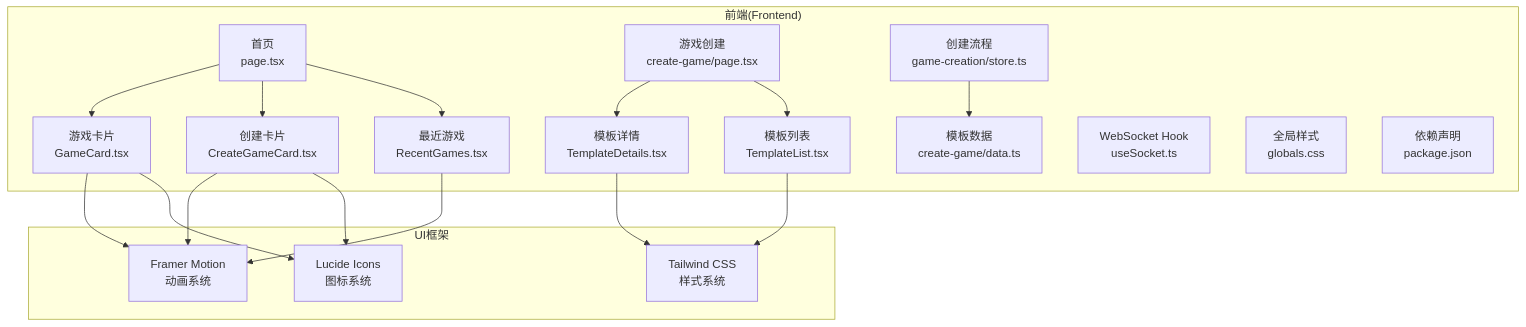
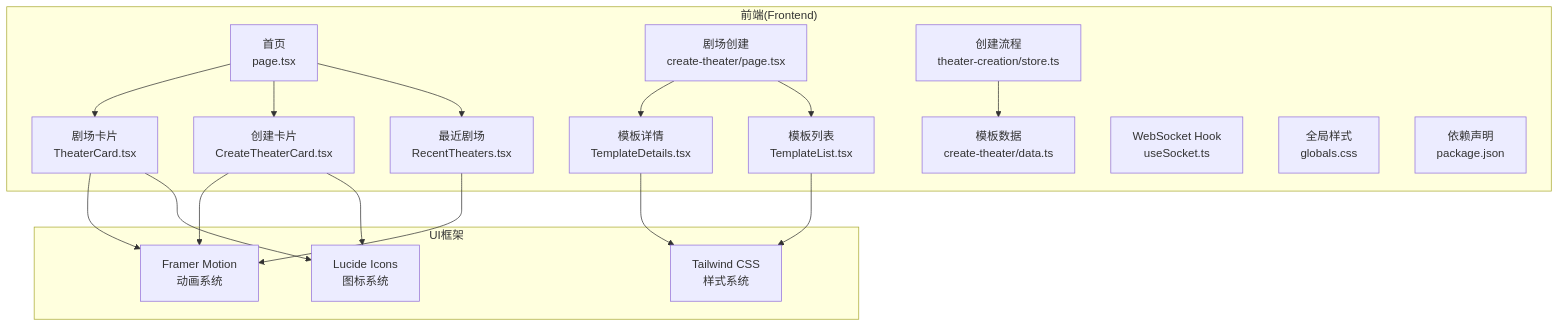
The first of 4 diagrams in .qoder/repowiki/zh/content/前端开发指南/游戏画布渲染系统.md (KunLabAI/KunFlix), drawn with Mermaid before and after one commit. The commit also changed other lines of this file and 112 other files, not shown here.

````diff
--- a/.qoder/repowiki/zh/content/前端开发指南/游戏画布渲染系统.md
+++ b/.qoder/repowiki/zh/content/前端开发指南/游戏画布渲染系统.md
@@ -52,35 +52,35 @@
 ```mermaid
 graph TB
 subgraph "前端(Frontend)"
 A["首页<br/>page.tsx"]
-B["游戏卡片<br/>GameCard.tsx"]
-C["创建卡片<br/>CreateGameCard.tsx"]
-D["最近游戏<br/>RecentGames.tsx"]
-E["游戏创建<br/>create-game/page.tsx"]
+B["剧场卡片<br/>TheaterCard.tsx"]
+C["创建卡片<br/>CreateTheaterCard.tsx"]
+D["最近剧场<br/>RecentTheaters.tsx"]
+E["剧场创建<br/>create-theater/page.tsx"]
 F["模板详情<br/>TemplateDetails.tsx"]
 G["模板列表<br/>TemplateList.tsx"]
-H["创建流程<br/>game-creation/store.ts"]
-I["模板数据<br/>create-game/data.ts"]
+H["创建流程<br/>theater-creation/store.ts"]
+I["模板数据<br/>create-theater/data.ts"]
 J["WebSocket Hook<br/>useSocket.ts"]
 K["全局样式<br/>globals.css"]
 L["依赖声明<br/>package.json"]
 end
 subgraph "UI框架"
 M["Framer Motion<br/>动画系统"]
 N["Tailwind CSS<br/>样式系统"]
 O["Lucide Icons<br/>图标系统"]
 end
 A --> B
 A --> C
 A --> D
 E --> F
 E --> G
 H --> I
 B --> M
 C --> M
 D --> M
 F --> N
 G --> N
 C --> O
 B --> O
 ```
````
